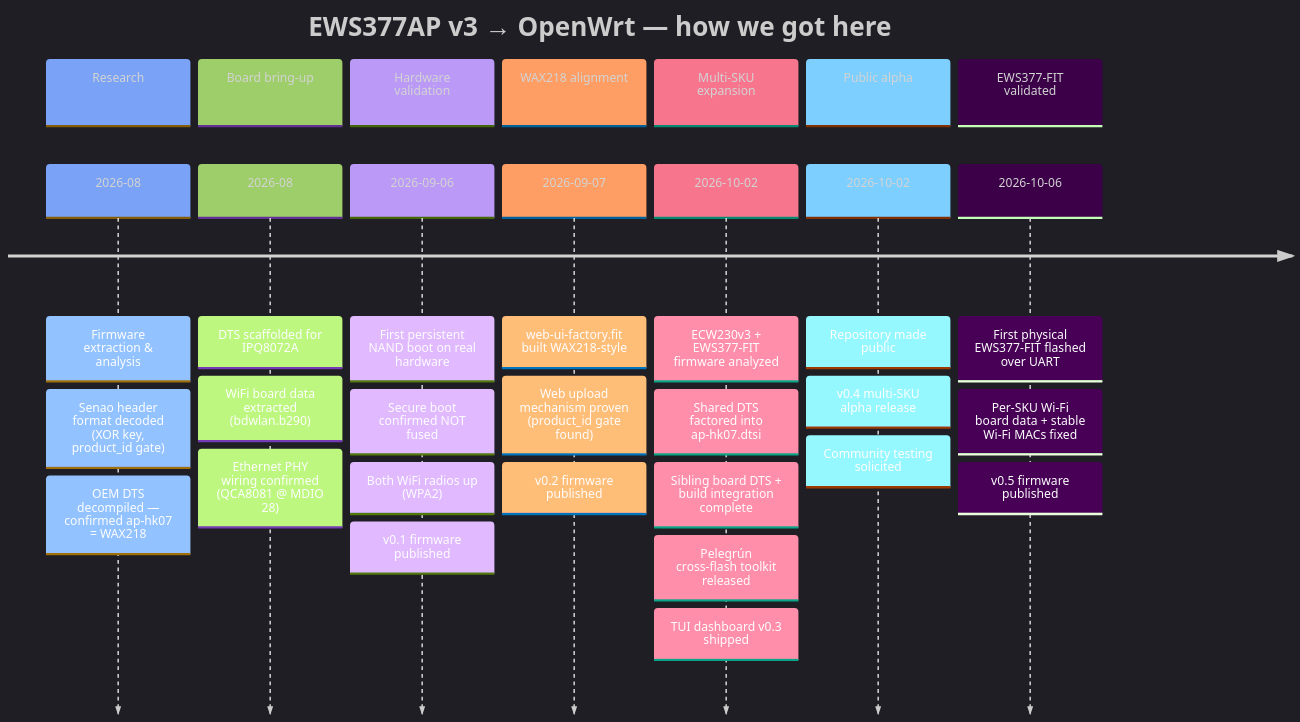
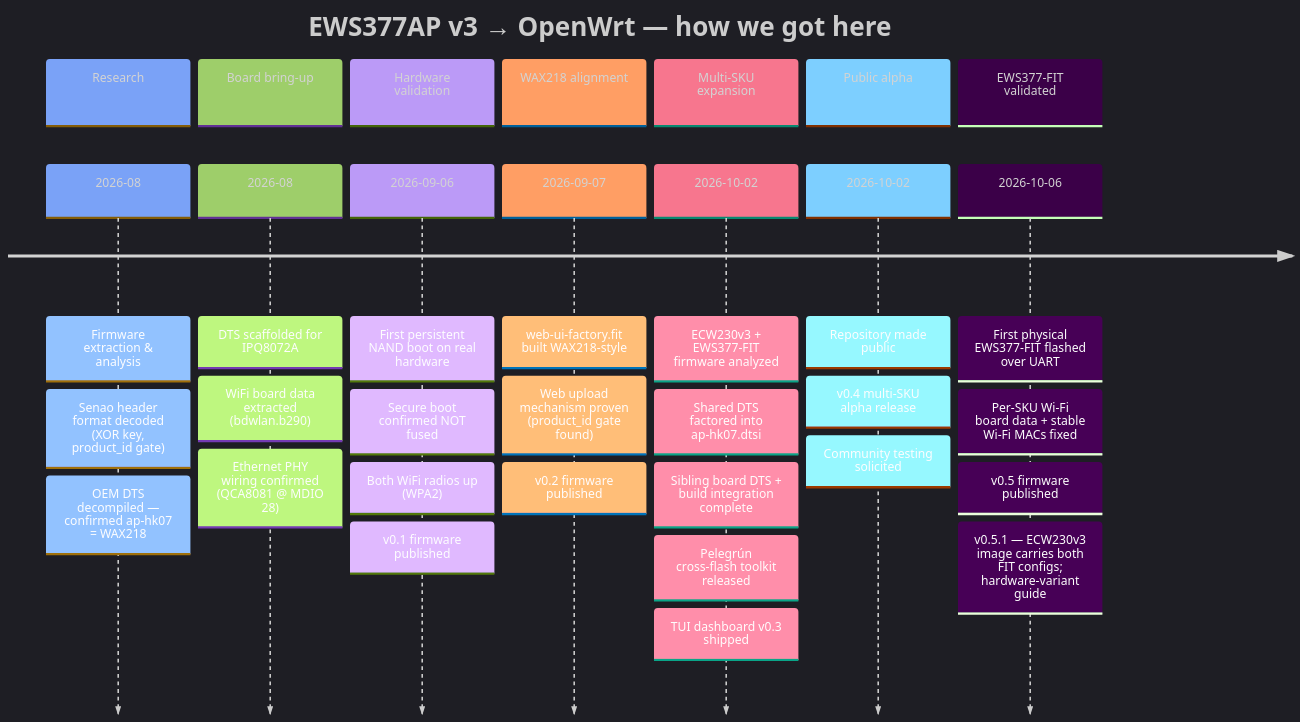
One commit to ParkWardRR/ews377apv3-openwrt changed the diagram in README.md. Above: the diagram before and after it, drawn with Mermaid. The commit also changed other lines of this file and 1 other file, not shown here.

Commit message:
docs: which firmware for which hardware; ECW230v3 caveats
Add docs/hardware-variants.md: one image per SKU, the two hardware
revisions seen so far (1 GiB / u-boot 2.0.0 vs 512 MiB / u-boot 2.1.0),
why cross-flashing SKU images is unsafe, how to identify a unit, and
the untested ECW230v3 differences (config@hk08 default, reversed
rootfs labels).

````diff
--- a/README.md
+++ b/README.md
@@ -175,36 +175,37 @@
 ```mermaid
 %%{init: {'theme': 'dark', 'themeVariables': {'cScale0': '#7aa2f7', 'cScale1': '#9ece6a', 'cScale2': '#bb9af7', 'cScale3': '#ff9e64', 'cScale4': '#f7768e', 'cScale5': '#7dcfff'}}}%%
 timeline
     title EWS377AP v3 → OpenWrt — how we got here
     section Research
         2026-08 : Firmware extraction & analysis
                 : Senao header format decoded (XOR key, product_id gate)
                 : OEM DTS decompiled — confirmed ap-hk07 = WAX218
     section Board bring-up
         2026-08 : DTS scaffolded for IPQ8072A
                 : WiFi board data extracted (bdwlan.b290)
                 : Ethernet PHY wiring confirmed (QCA8081 @ MDIO 28)
     section Hardware validation
         2026-09-06 : First persistent NAND boot on real hardware
                    : Secure boot confirmed NOT fused
                    : Both WiFi radios up (WPA2)
                    : v0.1 firmware published
     section WAX218 alignment
         2026-09-07 : web-ui-factory.fit built WAX218-style
                    : Web upload mechanism proven (product_id gate found)
                    : v0.2 firmware published
     section Multi-SKU expansion
         2026-10-02 : ECW230v3 + EWS377-FIT firmware analyzed
                    : Shared DTS factored into ap-hk07.dtsi
                    : Sibling board DTS + build integration complete
                    : Pelegrún cross-flash toolkit released
                    : TUI dashboard v0.3 shipped
     section Public alpha
         2026-10-02 : Repository made public
                    : v0.4 multi-SKU alpha release
                    : Community testing solicited
     section EWS377-FIT validated
         2026-10-06 : First physical EWS377-FIT flashed over UART
                    : Per-SKU Wi-Fi board data + stable Wi-Fi MACs fixed
                    : v0.5 firmware published
+                   : v0.5.1 — ECW230v3 image carries both FIT configs; hardware-variant guide
 ```
````
